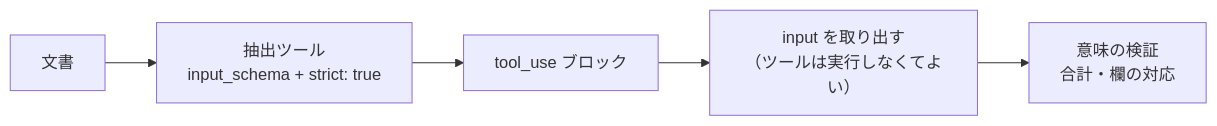
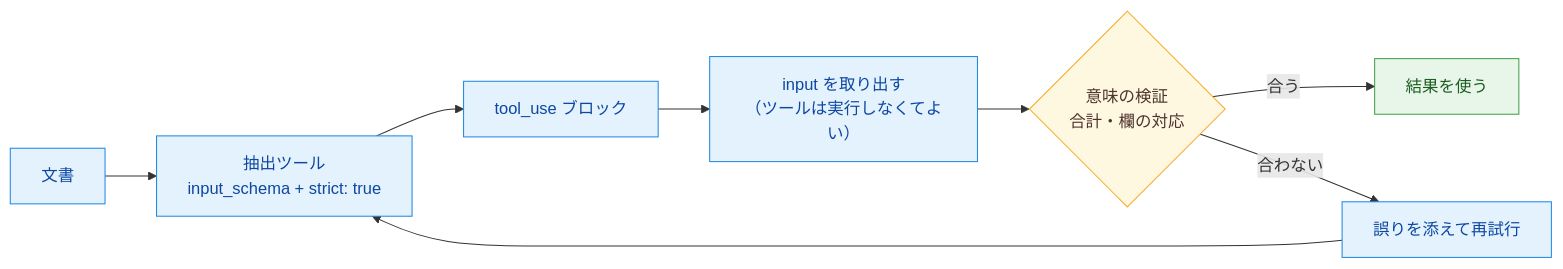
Before and after one commit to yuya-take/yuya-exam-notes: the diagram in ccaf/notes/04-prompt-engineering/tool-use-json-schema.md, drawn with Mermaid. The commit also changed other lines of this file and 3 other files, not shown here.

````diff
--- a/ccaf/notes/04-prompt-engineering/tool-use-json-schema.md
+++ b/ccaf/notes/04-prompt-engineering/tool-use-json-schema.md
@@ -12,7 +12,16 @@
 ```mermaid
 flowchart LR
   A[文書] --> B["抽出ツール<br/>input_schema + strict: true"]
   B --> C[tool_use ブロック]
   C --> D["input を取り出す<br/>（ツールは実行しなくてよい）"]
-  D --> E[意味の検証<br/>合計・欄の対応]
+  D --> E{"意味の検証<br/>合計・欄の対応"}
+  E -- 合う --> F[結果を使う]
+  E -- 合わない --> G[誤りを添えて再試行]
+  G --> B
+  classDef run fill:#e3f2fd,stroke:#1e88e5,color:#0d47a1
+  classDef judge fill:#fff8e1,stroke:#f9a825,color:#4e342e
+  classDef done fill:#e8f5e9,stroke:#43a047,color:#1b5e20
+  class A,B,C,D,G run
+  class E judge
+  class F done
 ```
````
